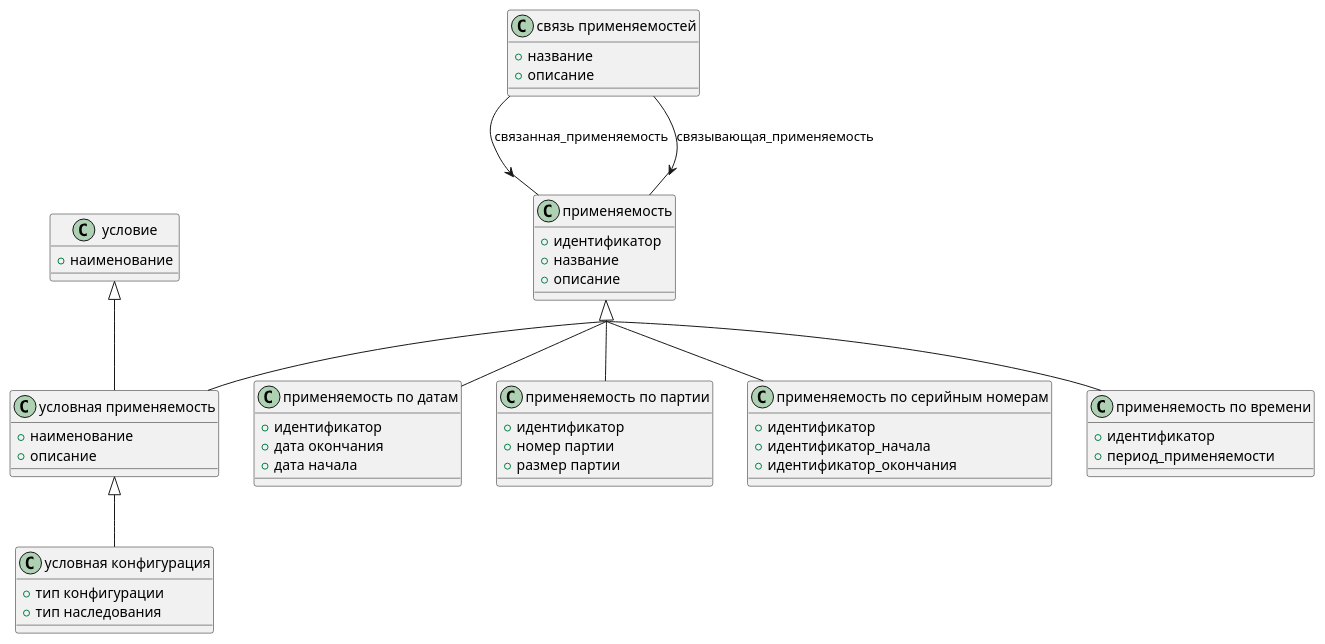
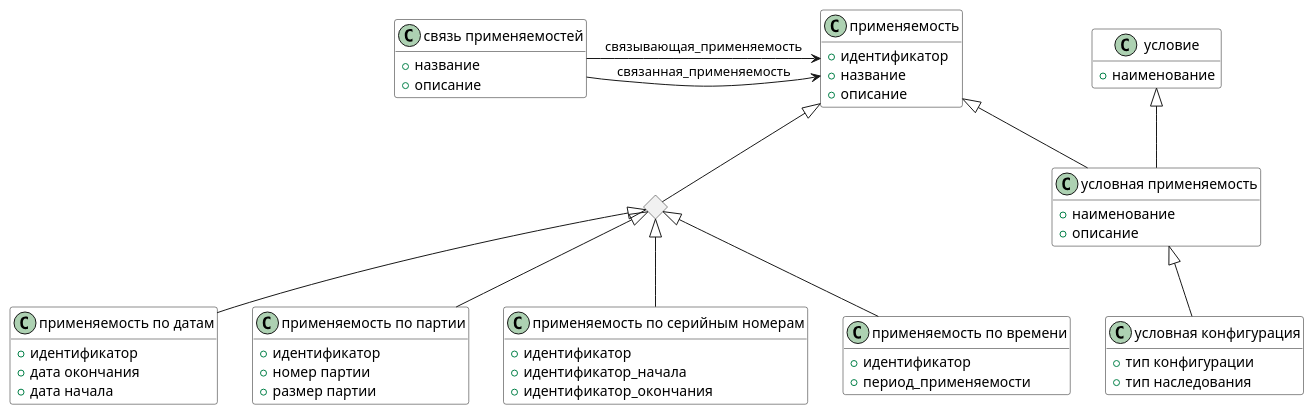
The diagram in 002 Product/General_data/effectivity/source/effectivity.pu (chukkaba/10303), drawn with PlantUML before and after one commit. The commit also changed 6 other files, not shown here.

```diff
--- a/002 Product/General_data/effectivity/source/effectivity.pu
+++ b/002 Product/General_data/effectivity/source/effectivity.pu
@@ -1,67 +1,73 @@
 @startuml
-skinparam groupInheritance 2
+'skinparam groupInheritance 2
+hide empty methods
+'skinparam linetype ortho
+'skinparam nodesep 150
 
-class условие {
+class условие #White {
   +наименование
   }
 
-class "условная применяемость" {
+class "условная применяемость" #White {
   +наименование
   +описание
 }
 
-class "условная конфигурация" {
+class "условная конфигурация" #White {
   +тип конфигурации
   +тип наследования
 }
 
-class "применяемость по датам" {
+class "применяемость по датам" #White {
   +идентификатор
   +дата окончания
   +дата начала
 }
 
-class применяемость {
+class применяемость #White {
   +идентификатор
   +название
   +описание
 }
 
-class "связь применяемостей" {
+class "связь применяемостей" #White {
   +название
   +описание
 }
 
-class "применяемость по партии" {
+class "применяемость по партии" #White {
   +идентификатор
   +номер партии
   +размер партии
 }
 
-class "применяемость по серийным номерам" {
+class "применяемость по серийным номерам" #White {
   +идентификатор
   +идентификатор_начала
   +идентификатор_окончания
 }
 
-class "применяемость по времени" {
-  +идентификатор
-  +период_применяемости
+class "применяемость по времени" #White {
+  + идентификатор
+  + период_применяемости
 }
 
+<> diamond 
+
 ' Наследование
-применяемость <|-- "применяемость по датам"
-применяемость <|-- "применяемость по партии"
-применяемость <|-- "применяемость по серийным номерам"
-применяемость <|-- "применяемость по времени"
+применяемость <|-down- diamond
+diamond <|-- "применяемость по датам"
+diamond <|-- "применяемость по партии"
+diamond <|-- "применяемость по серийным номерам"
+diamond <|-- "применяемость по времени"
 
 ' Ассоциации для множественного наследования
 условие <|-- "условная применяемость"
 применяемость <|-- "условная применяемость"
 "условная применяемость" <|-- "условная конфигурация"
 
 ' Связи
-"связь применяемостей" --> применяемость : связанная_применяемость
+"связь применяемостей" -right-> применяемость : связанная_применяемость
 "связь применяемостей" --> применяемость : связывающая_применяемость
 
 @enduml
```
